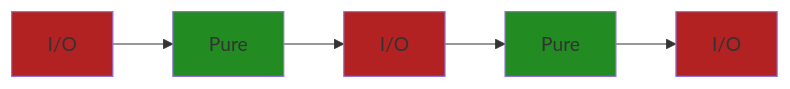
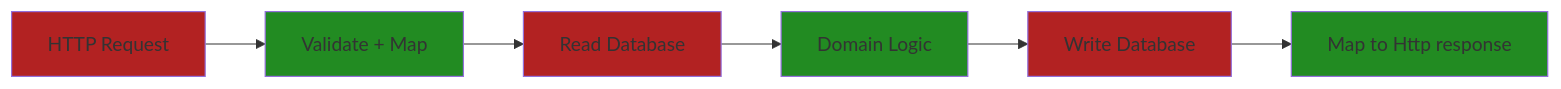
Before and after one commit to grierson/grierson: the ninth of 14 diagrams in structure.md, drawn with Mermaid. The commit also changed other lines of this file, not shown here.

````diff
--- a/structure.md
+++ b/structure.md
@@ -130,9 +157,12 @@
 ```mermaid
 flowchart LR
   style pure1 fill:ForestGreen
   style pure2 fill:ForestGreen
+  style pure3 fill:ForestGreen
   style i/o1 fill:FireBrick
   style i/o2 fill:FireBrick
   style i/o3 fill:FireBrick
-  i/o1[I/O] --> pure1[Pure] --> i/o2[I/O] --> pure2[Pure] --> i/o3[I/O]
+  i/o1[HTTP Request] --> pure1[Validate + Map] --> i/o2[Read Database] 
+  i/o2 --> pure2[Domain Logic] --> i/o3[Write Database]
+  i/o3 -->  pure3[Map to Http response]
 ```
````
